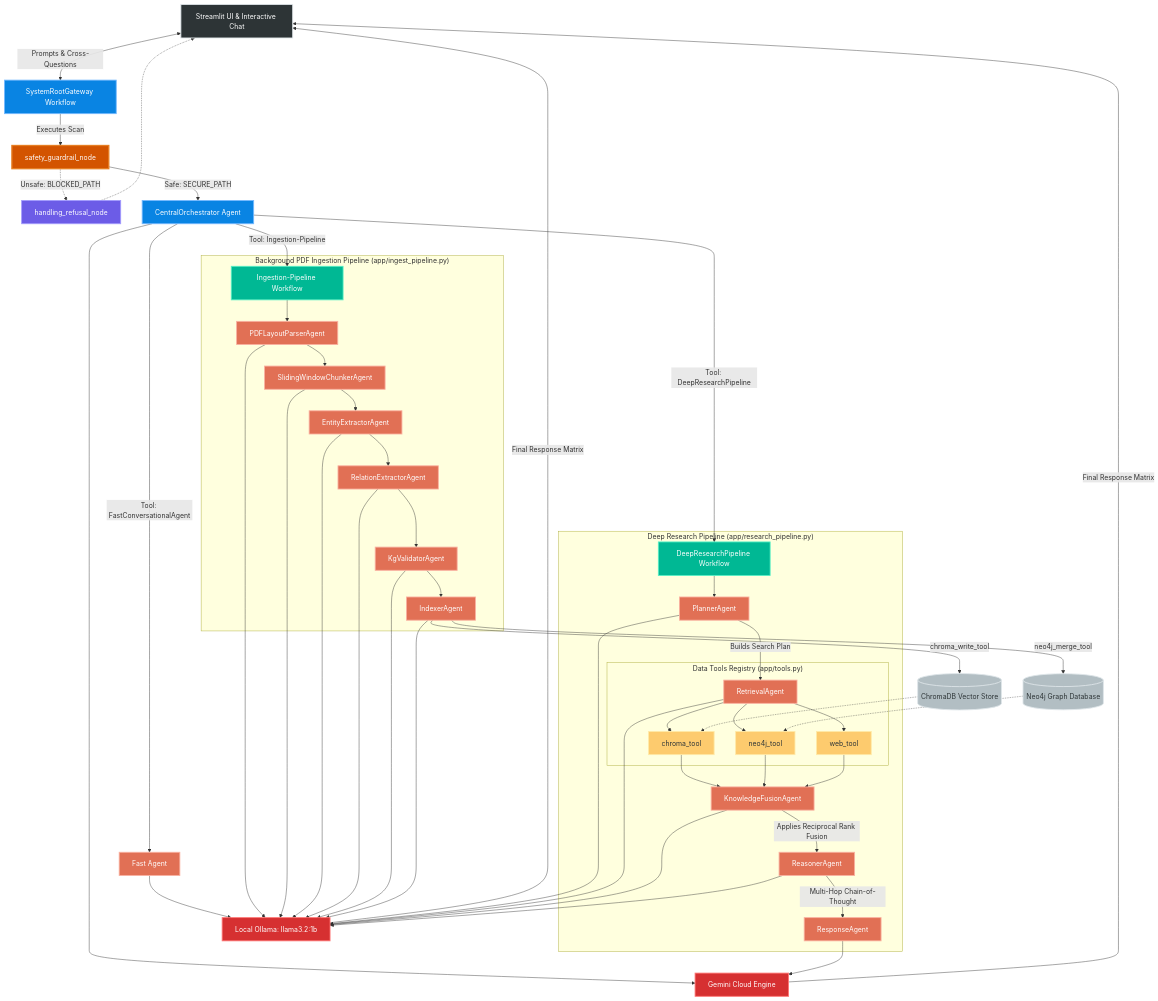
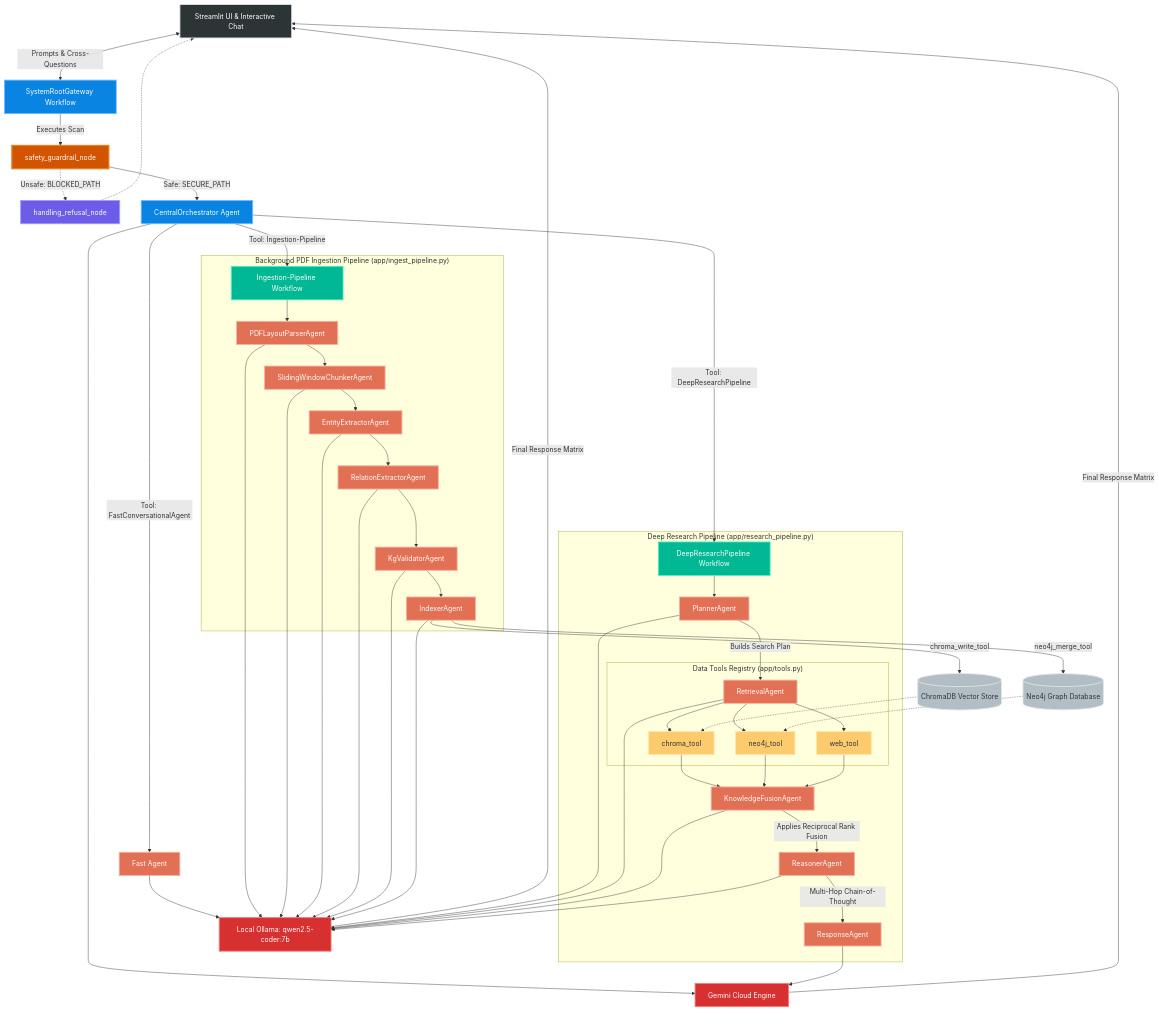
The first of 2 diagrams in README.md (ranapratapmajee/nexusmind-adk), drawn with Mermaid before and after one commit. The commit also changed other lines of this file, not shown here.

````diff
--- a/README.md
+++ b/README.md
@@ -15,69 +15,72 @@
 ```mermaid
 graph TD
     %% Component Style Classes
     classDef client fill:#2d3436,stroke:#dfe6e9,stroke-width:2px,color:#fff;
     classDef orchestrator fill:#0984e3,stroke:#74b9ff,stroke-width:2px,color:#fff;
     classDef control fill:#6c5ce7,stroke:#a29bfe,stroke-width:2px,color:#fff;
     classDef workflow fill:#00b894,stroke:#55efc4,stroke-width:2px,color:#fff;
     classDef guardrail fill:#d35400,stroke:#e67e22,stroke-width:3px,color:#fff;
     classDef agent fill:#e17055,stroke:#fab1a0,stroke-width:2px,color:#fff;
     classDef tool fill:#fdcb6e,stroke:#ffeaa7,stroke-width:2px,color:#2d3436;
     classDef storage fill:#b2bec3,stroke:#dfe6e9,stroke-width:2px,color:#2d3436;
     classDef compute fill:#d63031,stroke:#ff7675,stroke-width:2px,color:#fff;
 
     %% Presentation Layer
     UI[Streamlit UI & Interactive Chat]:::client <--> |Prompts & Cross-Questions| Gateway[SystemRootGateway Workflow]:::orchestrator
     
     %% Intent Splitting & Control
     Gateway --> |Executes Scan| GuardrailNode[safety_guardrail_node]:::guardrail
     GuardrailNode -.-> |Unsafe: BLOCKED_PATH| Refusal[handling_refusal_node]:::control
     Refusal -.-> UI
 
     GuardrailNode --> |Safe: SECURE_PATH| Concierge[CentralOrchestrator Agent]:::orchestrator
 
     %% Central Orchestrator Tool Routing Decision Matrix
     Concierge --> |Tool: FastConversationalAgent| FastAgent[Fast Agent]:::agent
     Concierge --> |Tool: Ingestion-Pipeline| IngestFlow[Ingestion-Pipeline Workflow]:::workflow
     Concierge --> |Tool: DeepResearchPipeline| DeepResearch[DeepResearchPipeline Workflow]:::workflow
 
     %% Ingestion Pipeline 
     subgraph Ingestion_Pipeline ["Background PDF Ingestion Pipeline (app/ingest_pipeline.py)"]
         IngestFlow --> Parser[PDFLayoutParserAgent]:::agent
         Parser --> Chunker[SlidingWindowChunkerAgent]:::agent
         Chunker --> EntityExt[EntityExtractorAgent]:::agent
         EntityExt --> RelExt[RelationExtractorAgent]:::agent
         RelExt --> KGVal[KgValidatorAgent]:::agent
         KGVal --> Indexer[IndexerAgent]:::agent
     end
 
     %% Adaptive Runtime Multi-Agent Pipeline
     subgraph Reasoning_Pipeline ["Deep Research Pipeline (app/research_pipeline.py)"]
         DeepResearch --> Planner[PlannerAgent]:::agent
         Planner --> |Builds Search Plan| Retrieval[RetrievalAgent]:::agent
         
         %% Tool Registry
         subgraph ADK_Tool_Registry ["Data Tools Registry (app/tools.py)"]
             Retrieval --> CTool[chroma_tool]:::tool
             Retrieval --> NTool[neo4j_tool]:::tool
             Retrieval --> WTool[web_tool]:::tool
         end
         
-        CTool & NTool & WTool --> Fusion[KnowledgeFusionAgent]:::agent
+        CTool --> Fusion[KnowledgeFusionAgent]:::agent
+        NTool --> Fusion
+        WTool --> Fusion
+        
         Fusion --> |Applies Reciprocal Rank Fusion| Reasoner[ReasonerAgent]:::agent
         Reasoner --> |Multi-Hop Chain-of-Thought| Responder[ResponseAgent]:::agent
     end
 
     %% Storage Topology
     Indexer --> |chroma_write_tool| Chroma[(ChromaDB Vector Store)]:::storage
     Indexer --> |neo4j_merge_tool| Neo4j[(Neo4j Graph Database)]:::storage
     
     Neo4j -.-> NTool
     Chroma -.-> CTool
 
     %% Hybrid Compute Targets (Ollama + Gemini)
-    FastAgent & Parser & Chunker & EntityExt & RelExt & KGVal & Indexer & Planner & Retrieval & Fusion & Reasoner --> LocalOllama[Local Ollama: llama3.2:1b]:::compute
+    FastAgent & Parser & Chunker & EntityExt & RelExt & KGVal & Indexer & Planner & Retrieval & Fusion & Reasoner --> LocalOllama[Local Ollama: qwen2.5-coder:7b]:::compute
     Concierge & Responder --> GeminiCloud[Gemini Cloud Engine]:::compute
 
     LocalOllama & GeminiCloud --> |Final Response Matrix| UI
 
 ```
````
